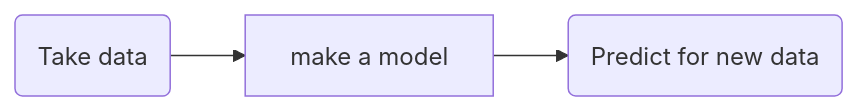
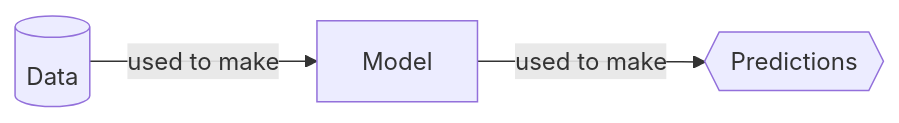
One commit to asucbi/BDSR2 changed the first of 5 diagrams in lectures/m01-03.qmd. Above: the diagram before and after it, drawn with Mermaid. The commit also changed other lines of this file and 3 other files, not shown here.

````diff
--- a/lectures/m01-03.qmd
+++ b/lectures/m01-03.qmd
@@ -19,5 +19,5 @@
 ```{mermaid}
-%%| fig-width: 6.5
+%%| fig-width: 9.5
 flowchart LR
-  A(Take data) --> B[make a model] --> C(Predict for new data)
+  A[(Data)] -- used to make --> B[Model] -- used to make --> C{{Predictions}}
 ```
````
